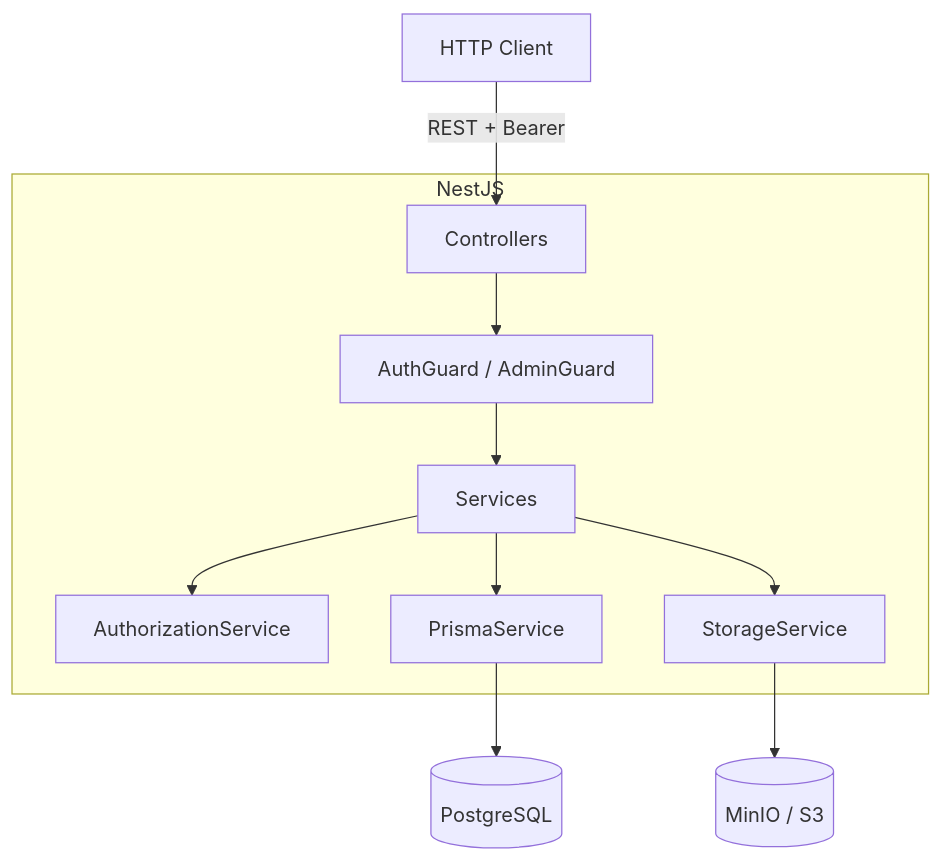
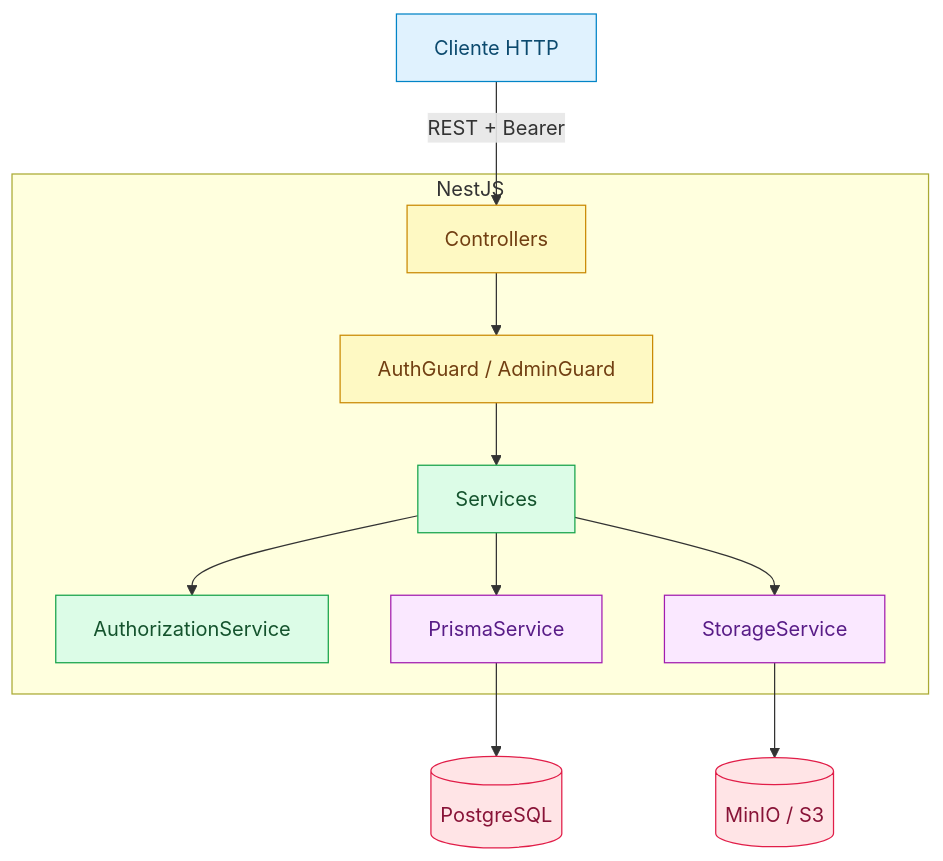
One commit to Alejo234x/CapstoneHUB-v2 changed the second of 3 diagrams in docs/backend_arch.md. Above: the diagram before and after it, drawn with Mermaid. The commit also changed other lines of this file and 10 other files, not shown here.

````diff
--- a/docs/backend_arch.md
+++ b/docs/backend_arch.md
@@ -124,13 +240,19 @@
 ```mermaid
 flowchart TD
-    Client[HTTP Client] -->|REST + Bearer| Controllers[Controllers]
+    Client[Cliente HTTP]:::client -->|REST + Bearer| Controllers[Controllers]:::guard
     subgraph NestJS
-      Controllers --> Guards[AuthGuard / AdminGuard]
-      Guards --> Services[Services]
-      Services --> Authorization[AuthorizationService]
-      Services --> Prisma[PrismaService]
-      Services --> Storage[StorageService]
+      Controllers --> Guards[AuthGuard / AdminGuard]:::guard
+      Guards --> Services[Services]:::service
+      Services --> Authorization[AuthorizationService]:::service
+      Services --> Prisma[PrismaService]:::data
+      Services --> Storage[StorageService]:::data
     end
-    Prisma --> DB[(PostgreSQL)]
-    Storage --> MinIO[(MinIO / S3)]
+    Prisma --> DB[(PostgreSQL)]:::ext
+    Storage --> MinIO[(MinIO / S3)]:::ext
+
+    classDef client fill:#e0f2fe,stroke:#0284c7,color:#0c4a6e
+    classDef guard fill:#fef9c3,stroke:#ca8a04,color:#713f12
+    classDef service fill:#dcfce7,stroke:#16a34a,color:#14532d
+    classDef data fill:#fae8ff,stroke:#a21caf,color:#581c87
+    classDef ext fill:#ffe4e6,stroke:#e11d48,color:#881337
 ```
````
